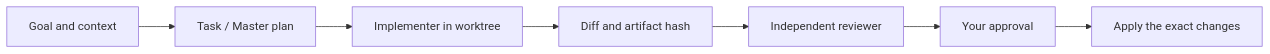
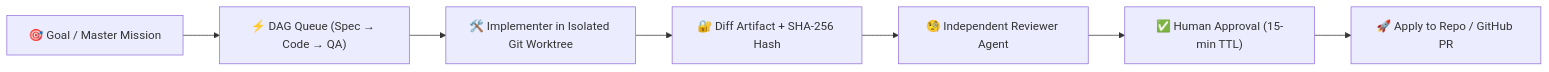
One commit to aievolutionpl/agentic-os changed the diagram in README.en.md. Above: the diagram before and after it, drawn with Mermaid. The commit also changed other lines of this file and 2 other files, not shown here.

````diff
--- a/README.en.md
+++ b/README.en.md
@@ -91,9 +67,9 @@
 ```mermaid
 flowchart LR
-  A[Goal and context] --> B[Task / Master plan]
-  B --> C[Implementer in worktree]
-  C --> D[Diff and artifact hash]
-  D --> E[Independent reviewer]
-  E --> F[Your approval]
-  F --> G[Apply the exact changes]
+  A["🎯 Goal / Master Mission"] --> B["⚡ DAG Queue (Spec → Code → QA)"]
+  B --> C["🛠️ Implementer in Isolated Git Worktree"]
+  C --> D["🔐 Diff Artifact + SHA-256 Hash"]
+  D --> E["🧐 Independent Reviewer Agent"]
+  E --> F["✅ Human Approval (15-min TTL)"]
+  F --> G["🚀 Apply to Repo / GitHub PR"]
 ```
````
